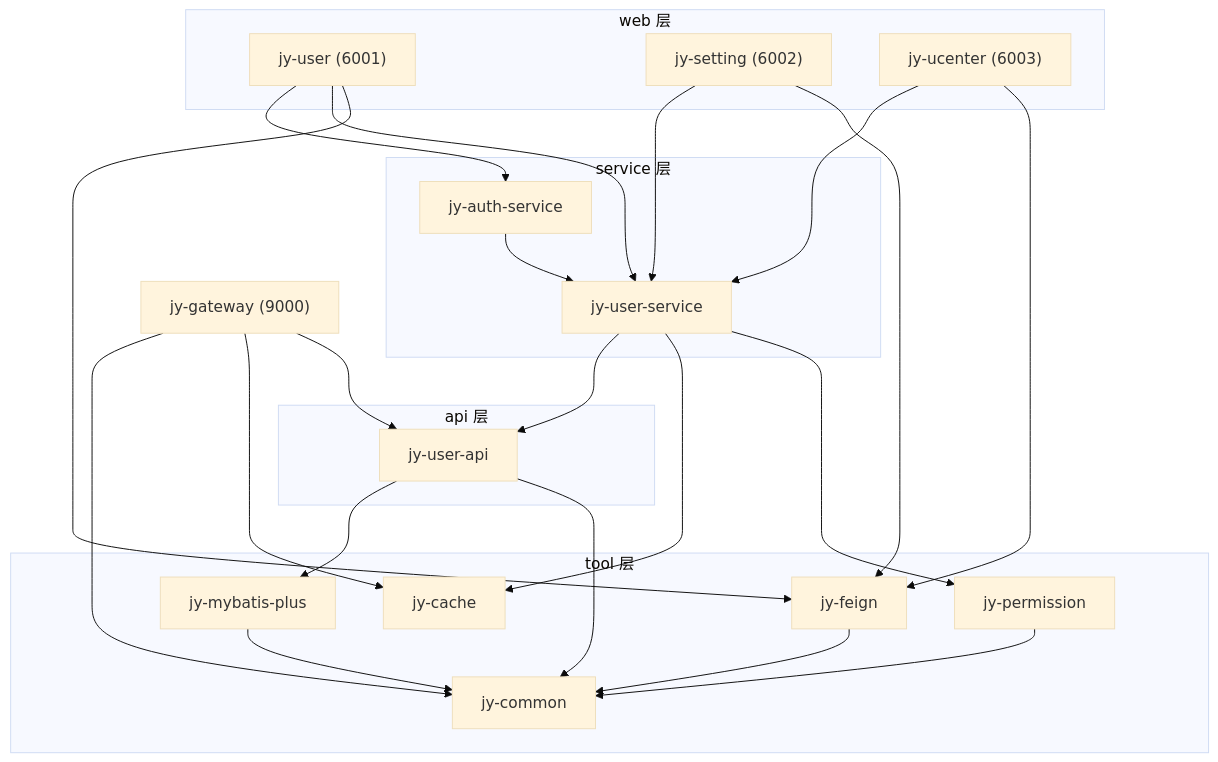
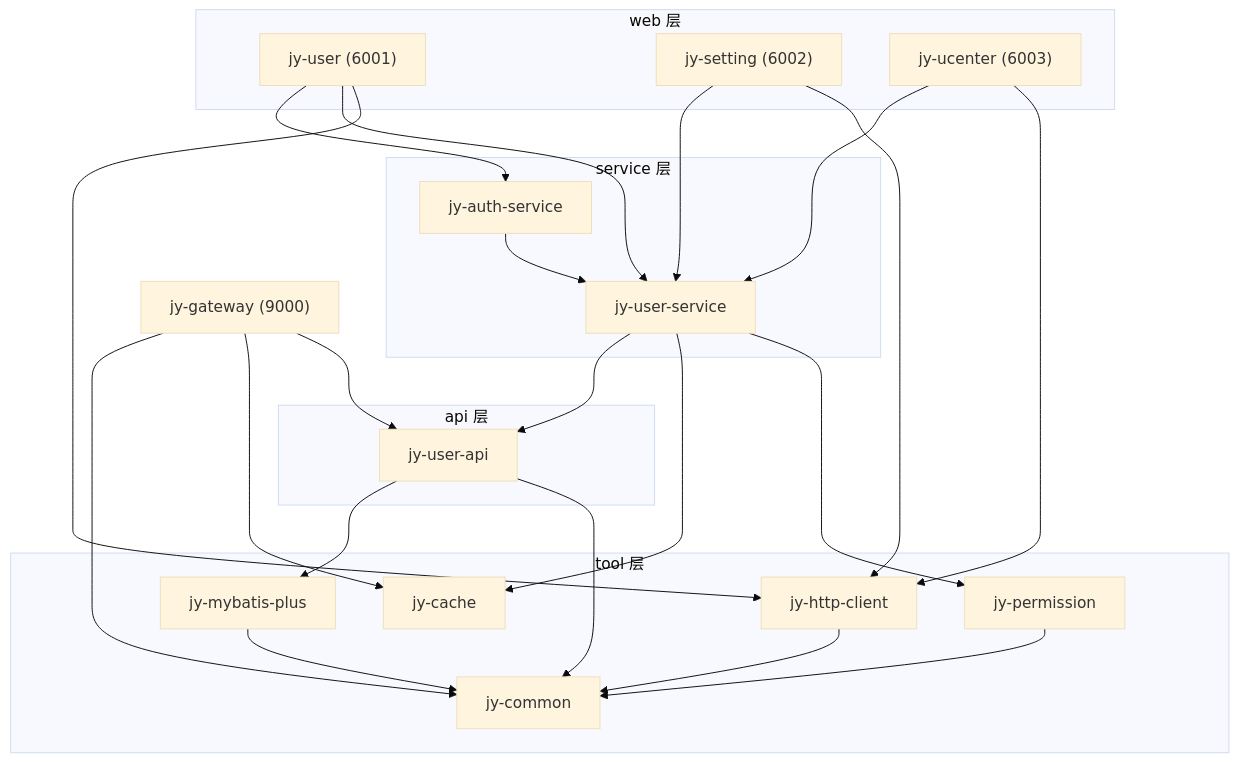
One commit to qingshan87/jycloud changed the third of 3 diagrams in README.md. Above: the diagram before and after it, drawn with Mermaid (base theme). The commit also changed other lines of this file and 178 other files, not shown here.

````diff
--- a/README.md
+++ b/README.md
@@ -271,59 +304,59 @@
 ```mermaid
 graph TD
     COM["jy-common"]
     MP["jy-mybatis-plus"]
     PERM["jy-permission"]
-    FEIGN["jy-feign"]
+    HTTP["jy-http-client"]
     CACHE["jy-cache"]
     API["jy-user-api"]
     USERSVC["jy-user-service"]
     AUTHSVC["jy-auth-service"]
 
     subgraph tool["tool 层"]
         COM
         MP
         PERM
-        FEIGN
+        HTTP
         CACHE
     end
 
     subgraph api["api 层"]
         API
     end
 
     subgraph service["service 层"]
         USERSVC
         AUTHSVC
     end
 
     subgraph web["web 层"]
         WU["jy-user (6001)"]
         WS["jy-setting (6002)"]
         WC["jy-ucenter (6003)"]
     end
 
     GW["jy-gateway (9000)"]
 
     MP --> COM
     PERM --> COM
-    FEIGN --> COM
+    HTTP --> COM
     API --> MP
     API --> COM
 
     USERSVC --> API
     USERSVC --> CACHE
     USERSVC --> PERM
     AUTHSVC --> USERSVC
 
     WU --> AUTHSVC
     WU --> USERSVC
-    WU --> FEIGN
+    WU --> HTTP
     WS --> USERSVC
-    WS --> FEIGN
+    WS --> HTTP
     WC --> USERSVC
-    WC --> FEIGN
+    WC --> HTTP
 
     GW --> COM
     GW --> CACHE
     GW --> API
 ```
````
